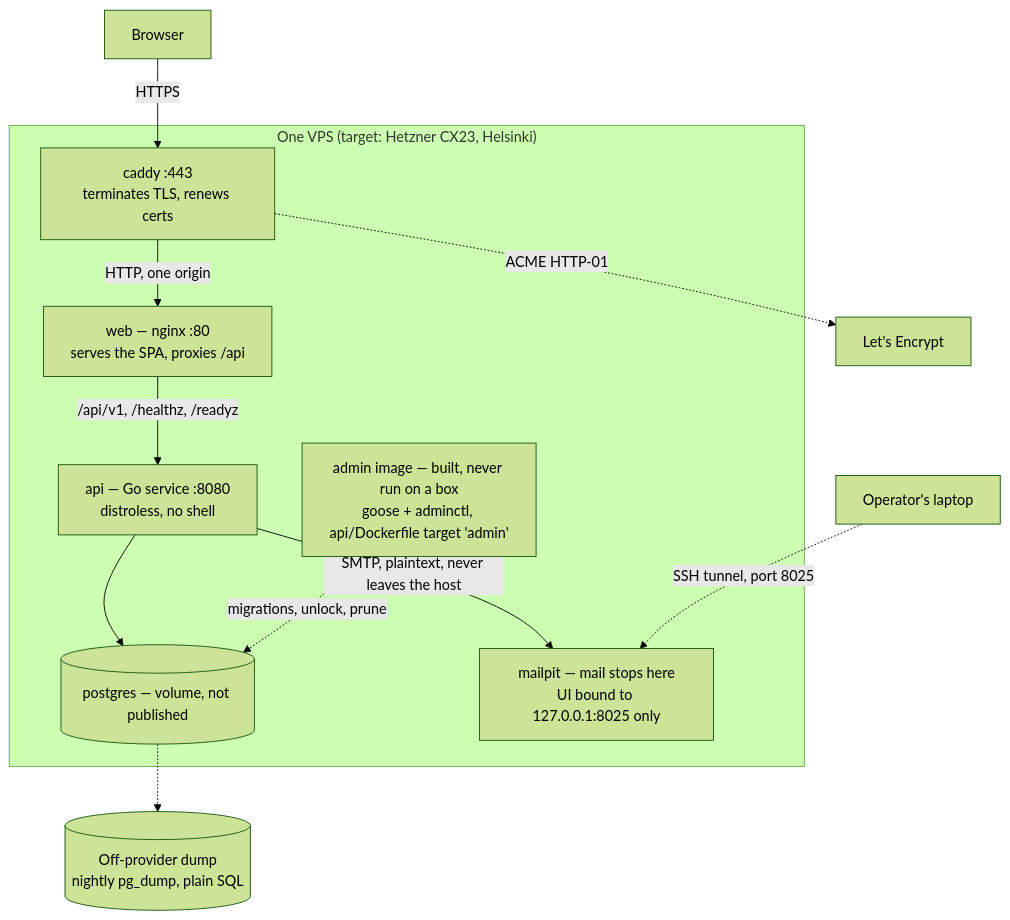
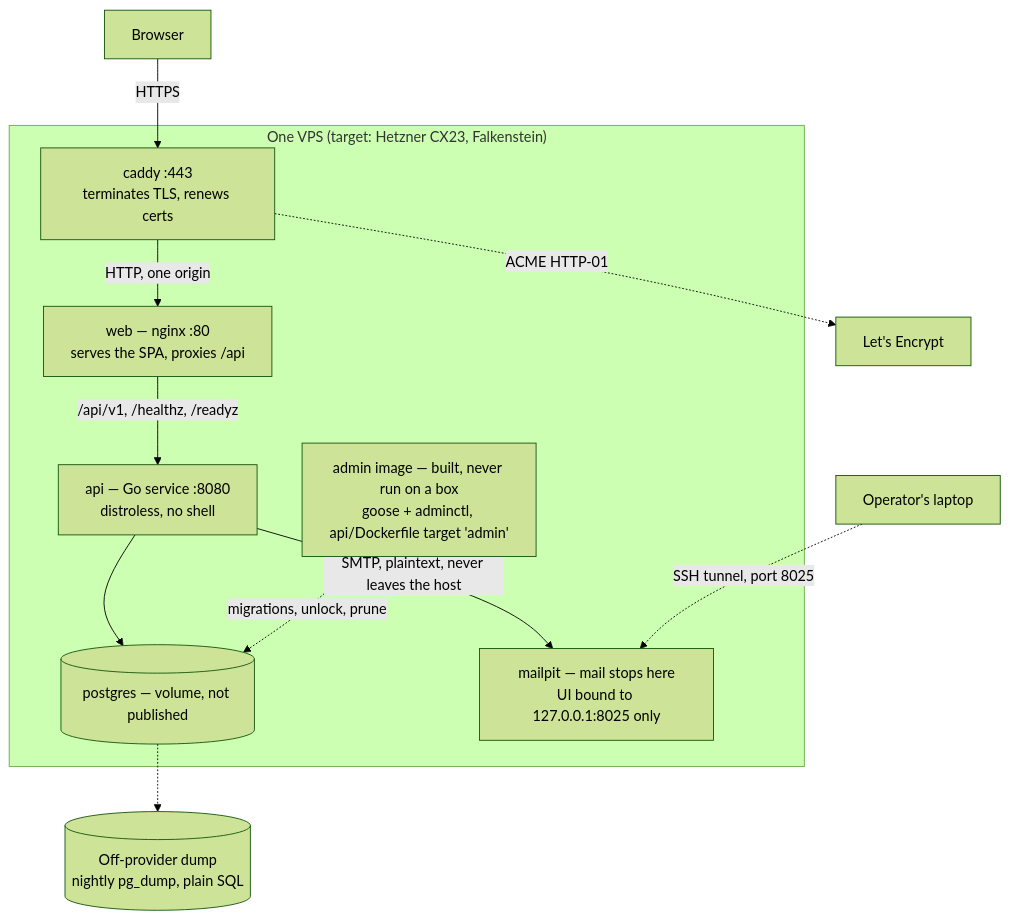
One commit to oandrz/Household changed the second of 15 diagrams in docs/SYSTEM_DESIGN.md. Above: the diagram before and after it, drawn with Mermaid (forest theme). The commit also changed 4 other files, not shown here.

````diff
--- a/docs/SYSTEM_DESIGN.md
+++ b/docs/SYSTEM_DESIGN.md
@@ -112,27 +112,27 @@
 ```mermaid
 graph TD
     Browser["Browser"]
     LE["Let's Encrypt"]
 
-    subgraph host["One VPS (target: Hetzner CX23, Helsinki)"]
+    subgraph host["One VPS (target: Hetzner CX23, Falkenstein)"]
         Caddy["caddy :443<br/>terminates TLS, renews certs"]
         Nginx["web — nginx :80<br/>serves the SPA, proxies /api"]
         API["api — Go service :8080<br/>distroless, no shell"]
         PG[("postgres — volume, not published")]
         Mailpit["mailpit — mail stops here<br/>UI bound to 127.0.0.1:8025 only"]
         Admin["admin image — built, never run on a box<br/>goose + adminctl, api/Dockerfile target 'admin'"]
     end
 
     Operator["Operator's laptop"]
     Backup[("Off-provider dump<br/>nightly pg_dump, plain SQL")]
 
     Browser -->|HTTPS| Caddy
     Caddy -->|"HTTP, one origin"| Nginx
     Nginx -->|"/api/v1, /healthz, /readyz"| API
     API --> PG
     API -->|"SMTP, plaintext, never leaves the host"| Mailpit
     Operator -.->|"SSH tunnel, port 8025"| Mailpit
     Caddy -.->|"ACME HTTP-01"| LE
     Admin -.->|"migrations, unlock, prune"| PG
     PG -.-> Backup
 ```
````
